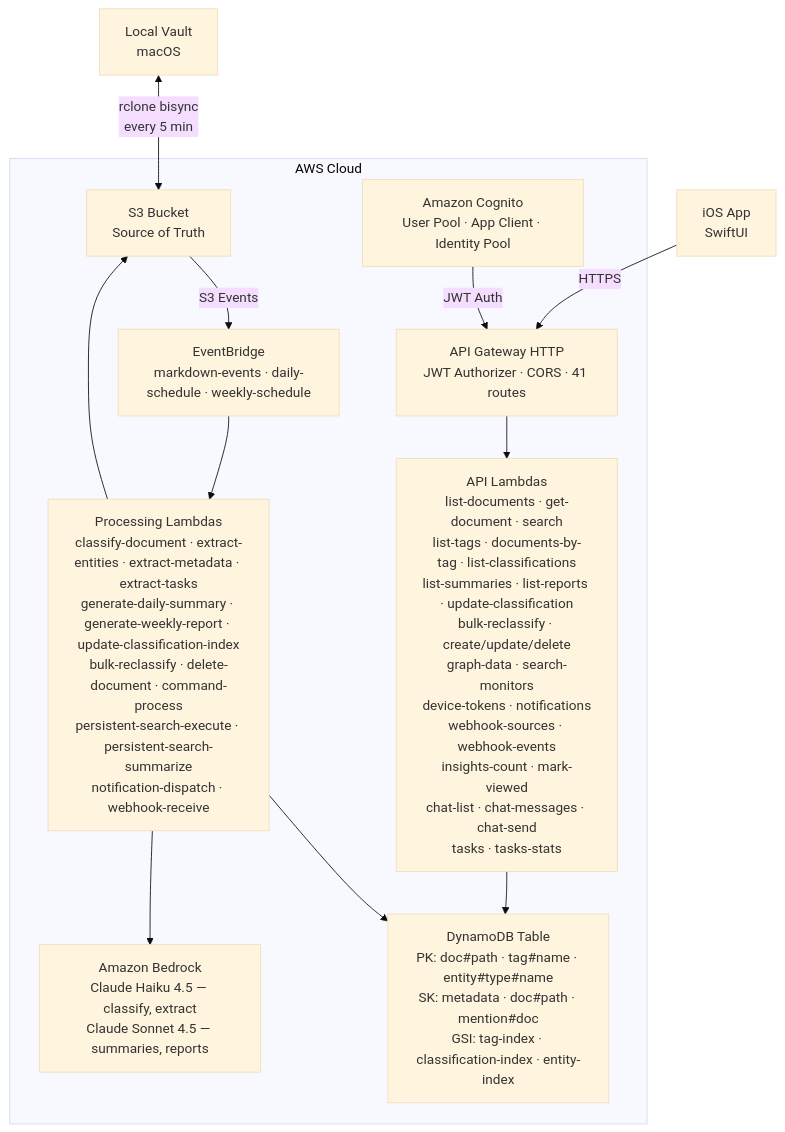
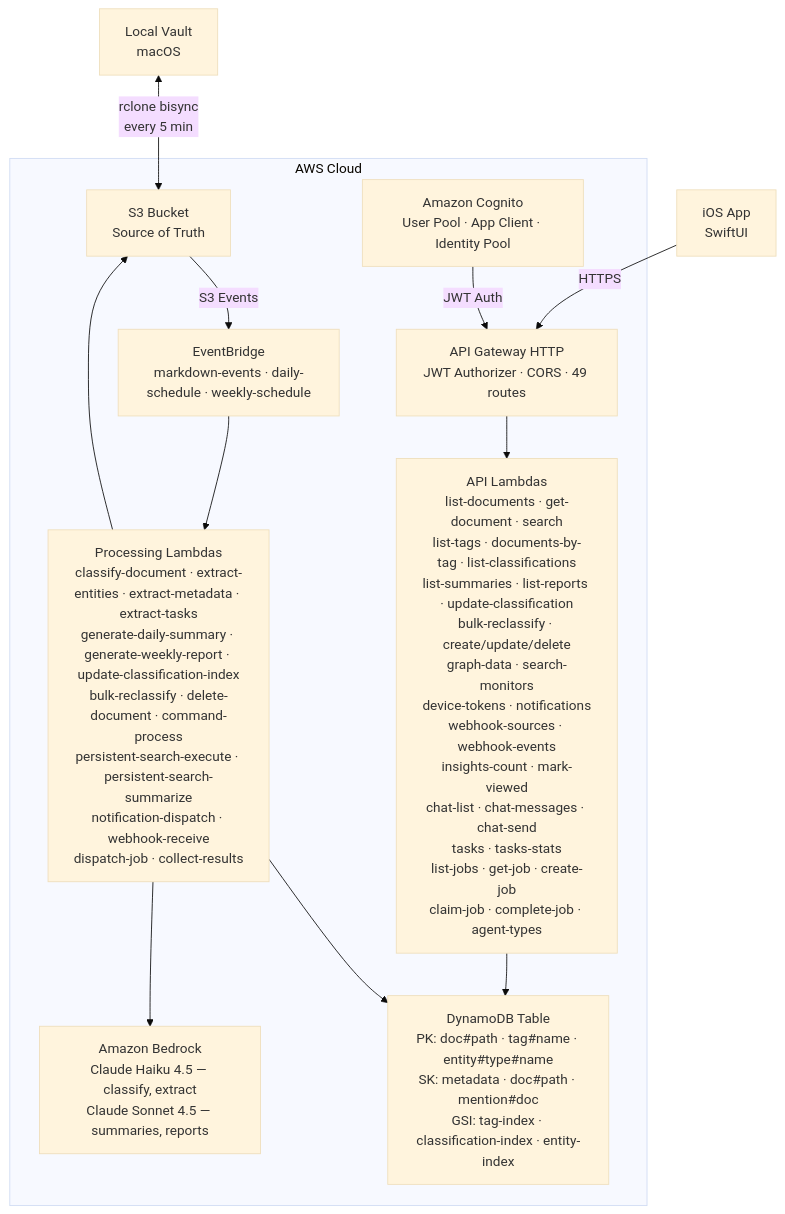
One commit to spaceba-by/pkm changed the diagram in docs/architecture.md. Above: the diagram before and after it, drawn with Mermaid (base theme). The commit also changed other lines of this file and 3 other files, not shown here.

First line of the commit message:
docs: mark Tasks 0025 and 0028 complete, update function counts (#146)

````diff
--- a/docs/architecture.md
+++ b/docs/architecture.md
@@ -9,23 +9,23 @@
 ```mermaid
 graph TD
     Vault[Local Vault<br/>macOS] <-->|rclone bisync<br/>every 5 min| S3
     iOS[iOS App<br/>SwiftUI] -->|HTTPS| APIGW
 
     subgraph AWS[AWS Cloud]
         S3[S3 Bucket<br/>Source of Truth]
         Cognito[Amazon Cognito<br/>User Pool · App Client · Identity Pool]
 
         S3 -->|S3 Events| EB[EventBridge<br/>markdown-events · daily-schedule · weekly-schedule]
-        Cognito -->|JWT Auth| APIGW[API Gateway HTTP<br/>JWT Authorizer · CORS · 41 routes]
+        Cognito -->|JWT Auth| APIGW[API Gateway HTTP<br/>JWT Authorizer · CORS · 49 routes]
 
-        EB --> ProcLambda[Processing Lambdas<br/>classify-document · extract-entities · extract-metadata · extract-tasks<br/>generate-daily-summary · generate-weekly-report · update-classification-index<br/>bulk-reclassify · delete-document · command-process<br/>persistent-search-execute · persistent-search-summarize<br/>notification-dispatch · webhook-receive]
+        EB --> ProcLambda[Processing Lambdas<br/>classify-document · extract-entities · extract-metadata · extract-tasks<br/>generate-daily-summary · generate-weekly-report · update-classification-index<br/>bulk-reclassify · delete-document · command-process<br/>persistent-search-execute · persistent-search-summarize<br/>notification-dispatch · webhook-receive<br/>dispatch-job · collect-results]
 
-        APIGW --> APILambda[API Lambdas<br/>list-documents · get-document · search<br/>list-tags · documents-by-tag · list-classifications<br/>list-summaries · list-reports · update-classification<br/>bulk-reclassify · create/update/delete<br/>graph-data · search-monitors<br/>device-tokens · notifications<br/>webhook-sources · webhook-events<br/>insights-count · mark-viewed<br/>chat-list · chat-messages · chat-send<br/>tasks · tasks-stats]
+        APIGW --> APILambda[API Lambdas<br/>list-documents · get-document · search<br/>list-tags · documents-by-tag · list-classifications<br/>list-summaries · list-reports · update-classification<br/>bulk-reclassify · create/update/delete<br/>graph-data · search-monitors<br/>device-tokens · notifications<br/>webhook-sources · webhook-events<br/>insights-count · mark-viewed<br/>chat-list · chat-messages · chat-send<br/>tasks · tasks-stats<br/>list-jobs · get-job · create-job<br/>claim-job · complete-job · agent-types]
 
         ProcLambda --> DynamoDB[DynamoDB Table<br/>PK: doc#path · tag#name · entity#type#name<br/>SK: metadata · doc#path · mention#doc<br/>GSI: tag-index · classification-index · entity-index]
         APILambda --> DynamoDB
         ProcLambda --> S3
 
         ProcLambda --> Bedrock[Amazon Bedrock<br/>Claude Haiku 4.5 — classify, extract<br/>Claude Sonnet 4.5 — summaries, reports]
     end
 ```
````
